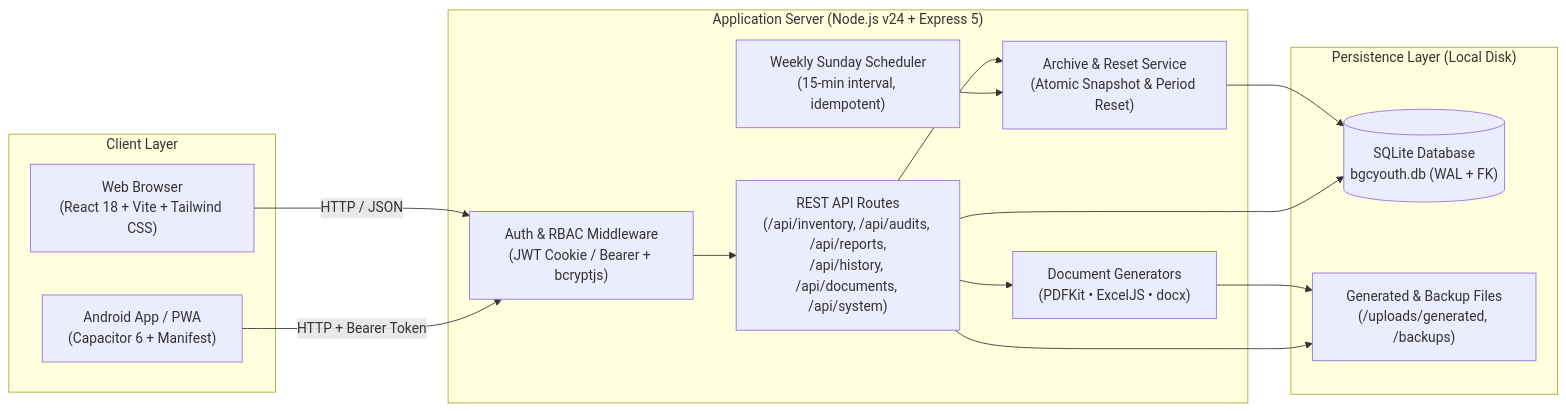
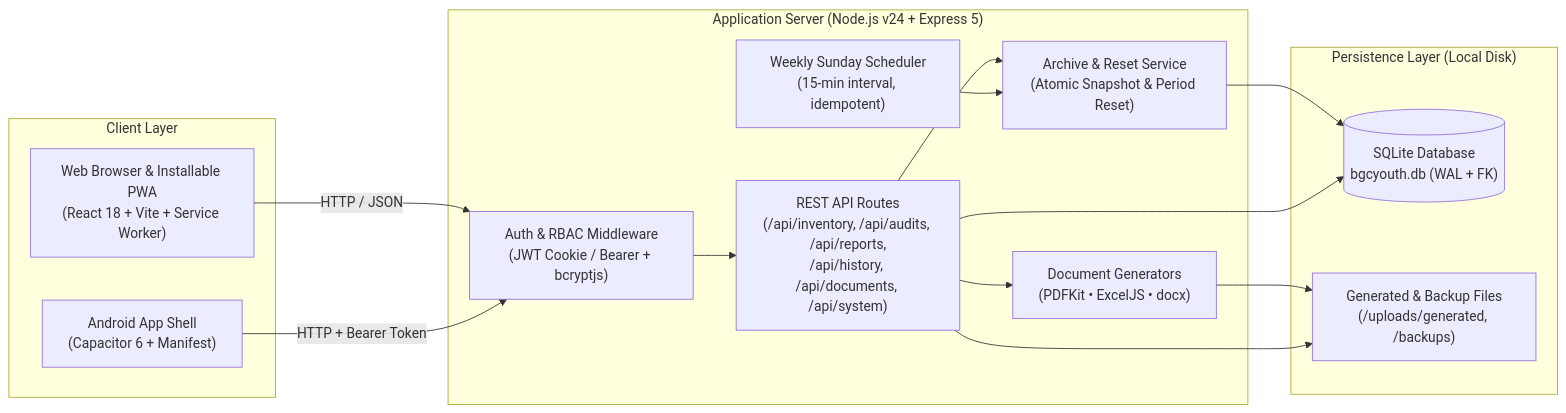
The first of 4 diagrams in README.md (xeancoral31-create/YOUth-system), drawn with Mermaid before and after one commit. The commit also changed other lines of this file and 24 other files, not shown here.

````diff
--- a/README.md
+++ b/README.md
@@ -9,31 +9,31 @@
 ```mermaid
 flowchart LR
     subgraph Clients["Client Layer"]
-        WEB["Web Browser\n(React 18 + Vite + Tailwind CSS)"]
-        APK["Android App / PWA\n(Capacitor 6 + Manifest)"]
+        WEB["Web Browser & Installable PWA\n(React 18 + Vite + Service Worker)"]
+        APK["Android App Shell\n(Capacitor 6 + Manifest)"]
     end
 
     subgraph Server["Application Server (Node.js v24 + Express 5)"]
         AUTH["Auth & RBAC Middleware\n(JWT Cookie / Bearer + bcryptjs)"]
         API["REST API Routes\n(/api/inventory, /api/audits, /api/reports,\n/api/history, /api/documents, /api/system)"]
         ARCHIVE["Archive & Reset Service\n(Atomic Snapshot & Period Reset)"]
         SCHED["Weekly Sunday Scheduler\n(15-min interval, idempotent)"]
         EXPORTS["Document Generators\n(PDFKit • ExcelJS • docx)"]
     end
 
     subgraph Storage["Persistence Layer (Local Disk)"]
         DB[("SQLite Database\nbgcyouth.db (WAL + FK)")]
         FILES["Generated & Backup Files\n(/uploads/generated, /backups)"]
     end
 
     WEB -->|HTTP / JSON| AUTH
     APK -->|HTTP + Bearer Token| AUTH
     AUTH --> API
     API --> ARCHIVE
     SCHED --> ARCHIVE
     API --> EXPORTS
     ARCHIVE --> DB
     API --> DB
     EXPORTS --> FILES
     API --> FILES
 ```
````
